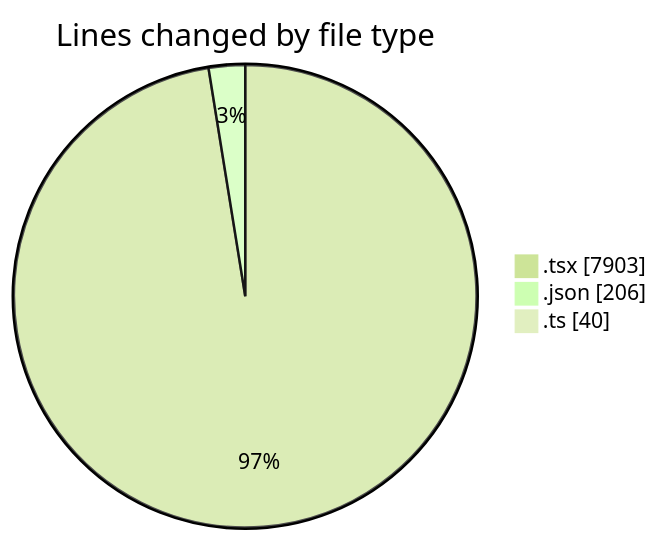
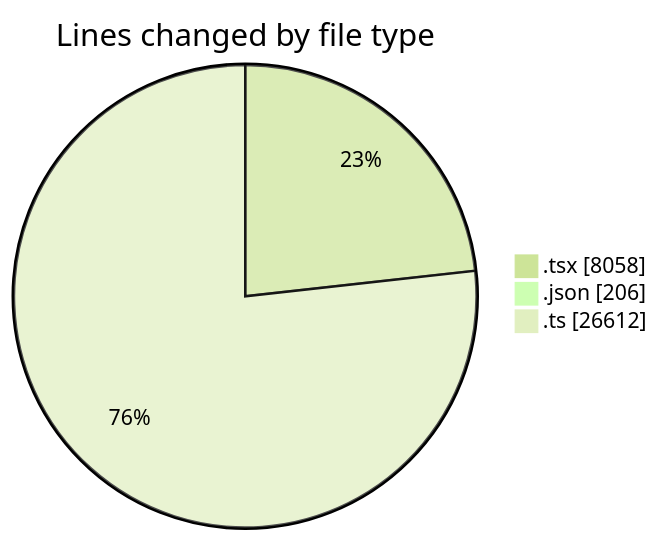
Before and after one commit to momahboobian/code-tracking: the first of 2 diagrams in 2026-11-13/broadcaster-v6-feature/README.md, drawn with Mermaid (forest theme). The commit also changed other lines of this file and 1 other file, not shown here.

````diff
--- a/2026-11-13/broadcaster-v6-feature/README.md
+++ b/2026-11-13/broadcaster-v6-feature/README.md
@@ -49,7 +52,7 @@
 ```mermaid
 pie showData
 title Lines changed by file type
-".tsx" : 7903
+".tsx" : 8058
 ".json" : 206
-".ts" : 40
+".ts" : 26612
 ```
````
